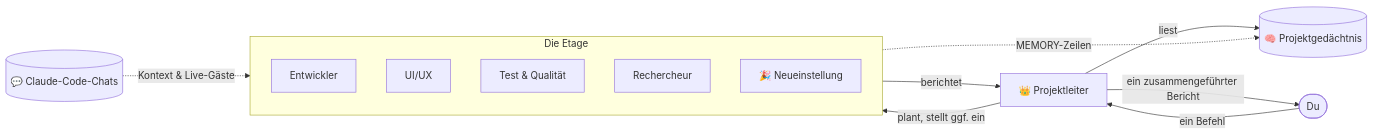
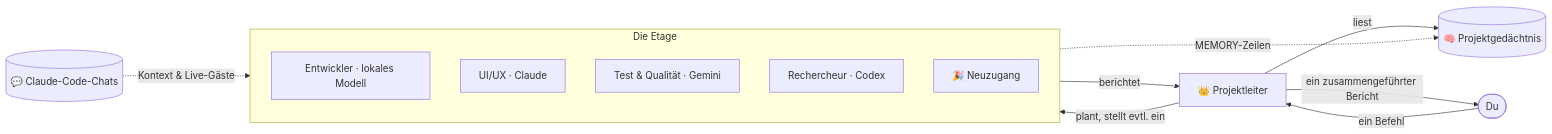
One commit to RealMrNovember/Atrium changed the diagram in docs/readme/README.de.md. Above: the diagram before and after it, drawn with Mermaid. The commit also changed other lines of this file and 23 other files, not shown here.

````diff
--- a/docs/readme/README.de.md
+++ b/docs/readme/README.de.md
@@ -65,17 +107,17 @@
 ```mermaid
 flowchart LR
     You([Du]) -- ein Befehl --> Lead[👑 Projektleiter]
     Lead -- liest --> Mem[(🧠 Projektgedächtnis)]
-    Lead -- plant, stellt ggf. ein --> Team
+    Lead -- plant, stellt evtl. ein --> Team
     subgraph Team [Die Etage]
-      Dev[Entwickler]
-      UX[UI/UX]
-      QA[Test & Qualität]
-      Res[Rechercheur]
-      New[🎉 Neueinstellung]
+      Dev[Entwickler · lokales Modell]
+      UX[UI/UX · Claude]
+      QA[Test & Qualität · Gemini]
+      Res[Rechercheur · Codex]
+      New[🎉 Neuzugang]
     end
     Team -- berichtet --> Lead
     Lead -- ein zusammengeführter Bericht --> You
     Team -. MEMORY-Zeilen .-> Mem
     Chats[(💬 Claude-Code-Chats)] -. Kontext & Live-Gäste .-> Team
 ```
````
